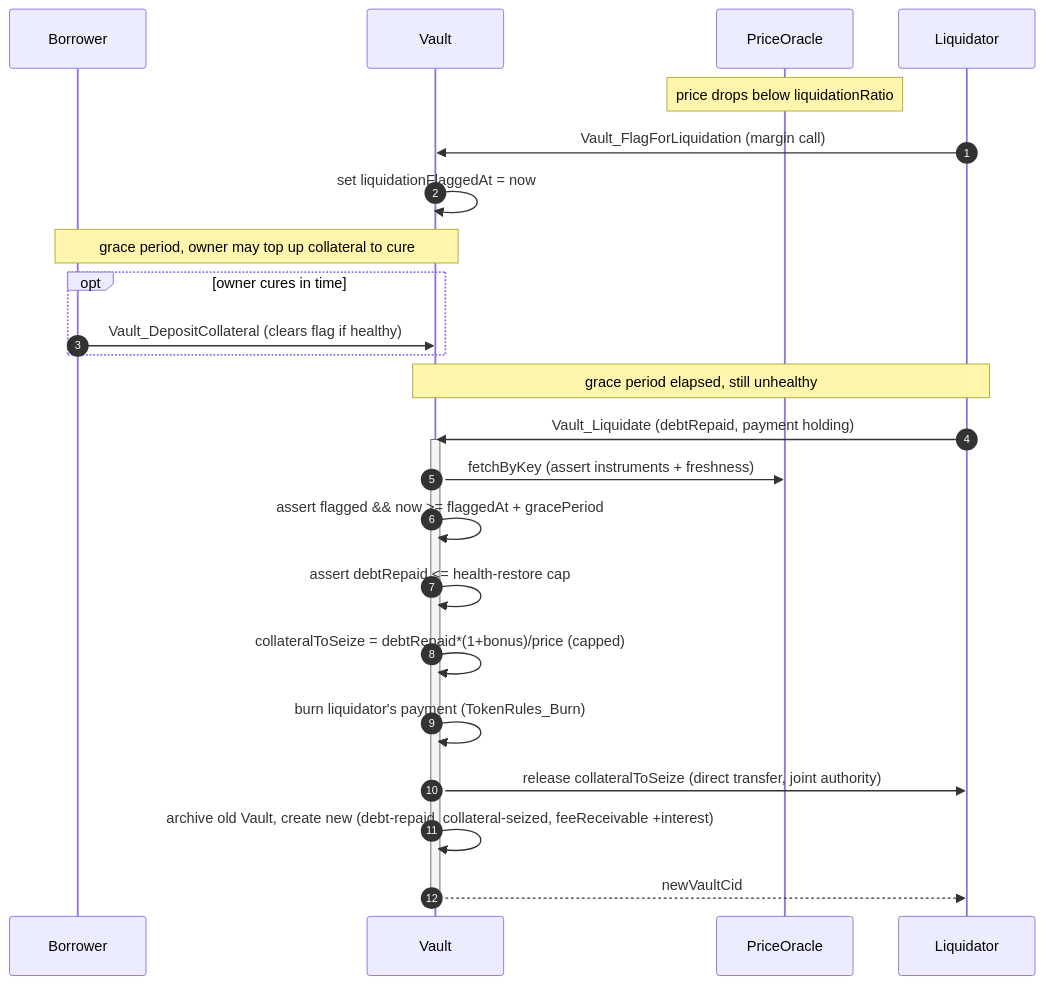
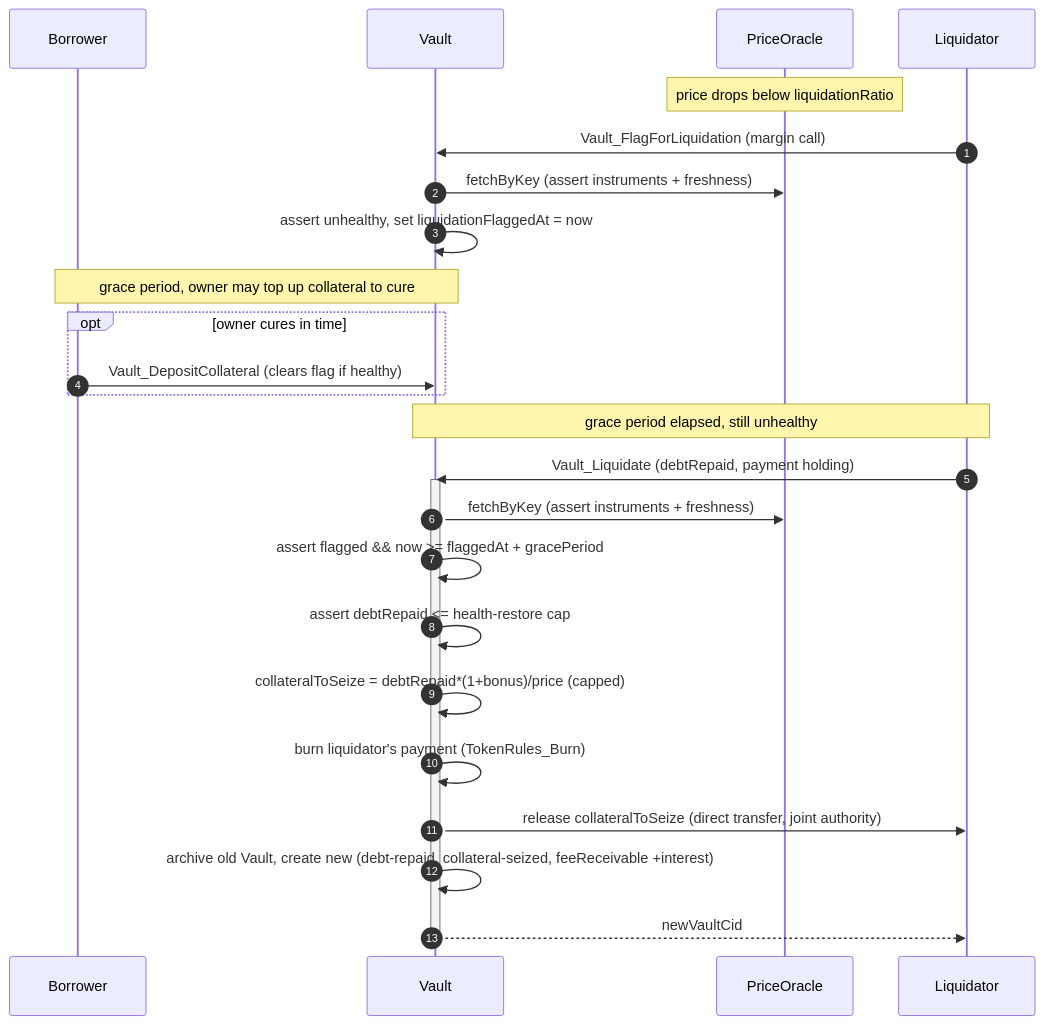
Before and after one commit to OpenZeppelin/canton-specs: the seventh of 7 diagrams in docs/reference-architectures/lending.md, drawn with Mermaid. The commit also changed other lines of this file, not shown here.

````diff
--- a/docs/reference-architectures/lending.md
+++ b/docs/reference-architectures/lending.md
@@ -376,28 +382,29 @@
 ```mermaid
 sequenceDiagram
     autonumber
     participant B as Borrower
     participant V as Vault
     participant O as PriceOracle
     participant L as Liquidator
 
     note over O: price drops below liquidationRatio
     L->>V: Vault_FlagForLiquidation (margin call)
-    V->>V: set liquidationFlaggedAt = now
+    V->>O: fetchByKey (assert instruments + freshness)
+    V->>V: assert unhealthy, set liquidationFlaggedAt = now
     note over B,V: grace period, owner may top up collateral to cure
     opt owner cures in time
         B->>V: Vault_DepositCollateral (clears flag if healthy)
     end
     note over L,V: grace period elapsed, still unhealthy
     L->>V: Vault_Liquidate (debtRepaid, payment holding)
     activate V
     V->>O: fetchByKey (assert instruments + freshness)
     V->>V: assert flagged && now >= flaggedAt + gracePeriod
     V->>V: assert debtRepaid <= health-restore cap
     V->>V: collateralToSeize = debtRepaid*(1+bonus)/price (capped)
     V->>V: burn liquidator's payment (TokenRules_Burn)
     V->>L: release collateralToSeize (direct transfer, joint authority)
     V->>V: archive old Vault, create new (debt-repaid, collateral-seized, feeReceivable +interest)
     V-->>L: newVaultCid
     deactivate V
 ```
````
